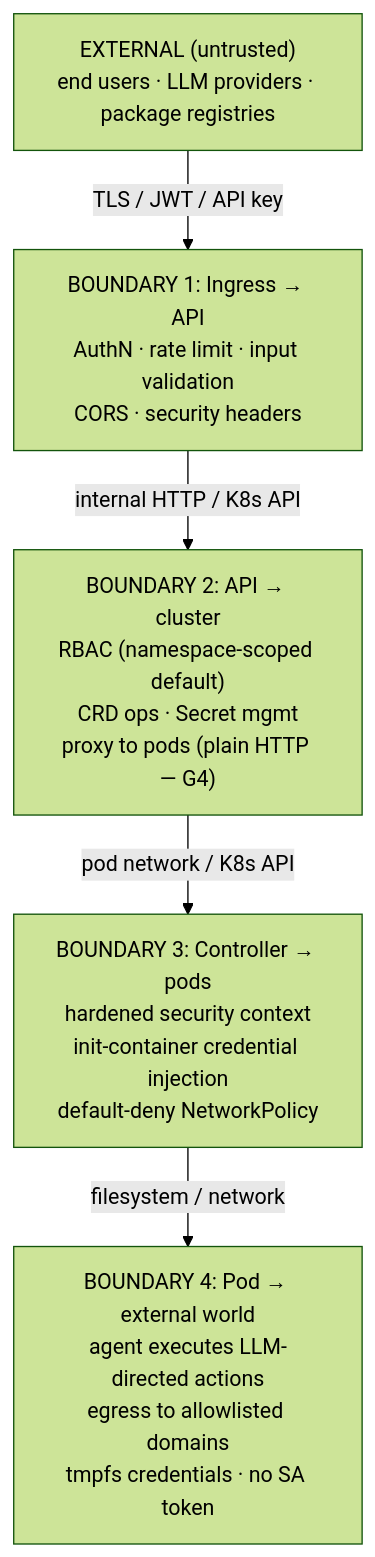
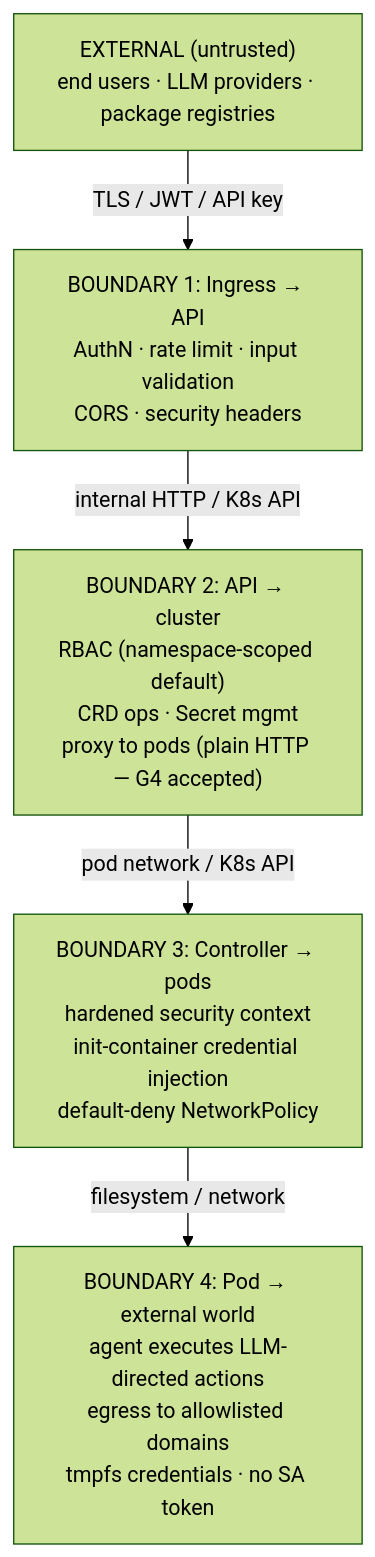
Before and after one commit to lenaxia/LLMSafeSpaces: the diagram in docs/architecture/threat-model.md, drawn with Mermaid (forest theme). The commit also changed other lines of this file and 1 other file, not shown here.

First line of the commit message:
address review: fix G4 line ref (610->450), restore G41 to open list, sync docs/architecture/threat-model.md

````diff
--- a/docs/architecture/threat-model.md
+++ b/docs/architecture/threat-model.md
@@ -9,12 +9,12 @@
 ```mermaid
 flowchart TD
     EXT["EXTERNAL (untrusted)<br/>end users · LLM providers · package registries"]
     EXT -- "TLS / JWT / API key" --> B1
     B1["BOUNDARY 1: Ingress → API<br/>AuthN · rate limit · input validation<br/>CORS · security headers"]
     B1 -- "internal HTTP / K8s API" --> B2
-    B2["BOUNDARY 2: API → cluster<br/>RBAC (namespace-scoped default)<br/>CRD ops · Secret mgmt<br/>proxy to pods (plain HTTP — G4)"]
+    B2["BOUNDARY 2: API → cluster<br/>RBAC (namespace-scoped default)<br/>CRD ops · Secret mgmt<br/>proxy to pods (plain HTTP — G4 accepted)"]
     B2 -- "pod network / K8s API" --> B3
     B3["BOUNDARY 3: Controller → pods<br/>hardened security context<br/>init-container credential injection<br/>default-deny NetworkPolicy"]
     B3 -- "filesystem / network" --> B4
     B4["BOUNDARY 4: Pod → external world<br/>agent executes LLM-directed actions<br/>egress to allowlisted domains<br/>tmpfs credentials · no SA token"]
 ```
````
